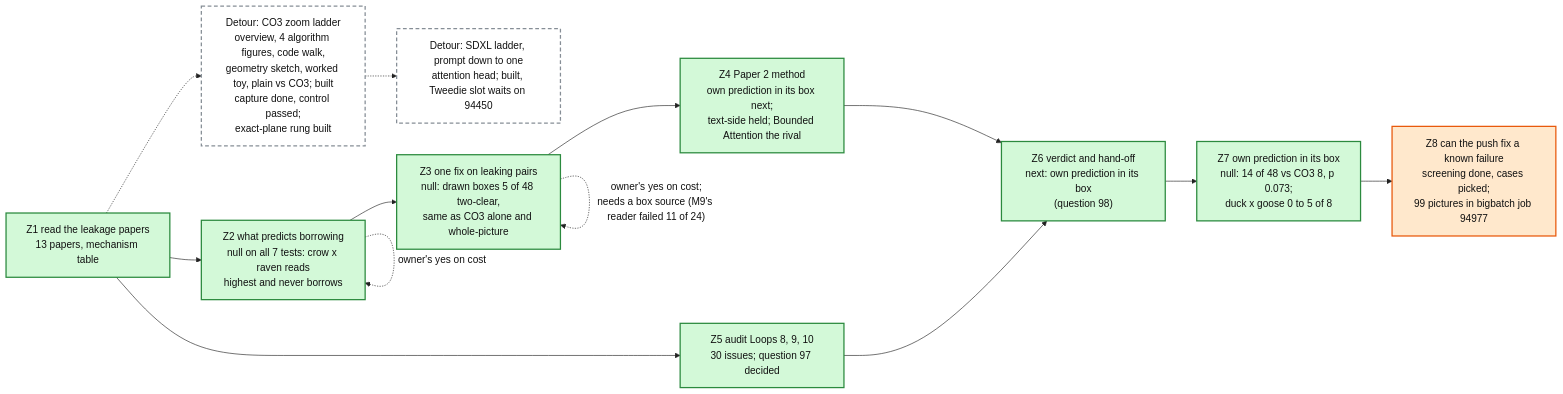
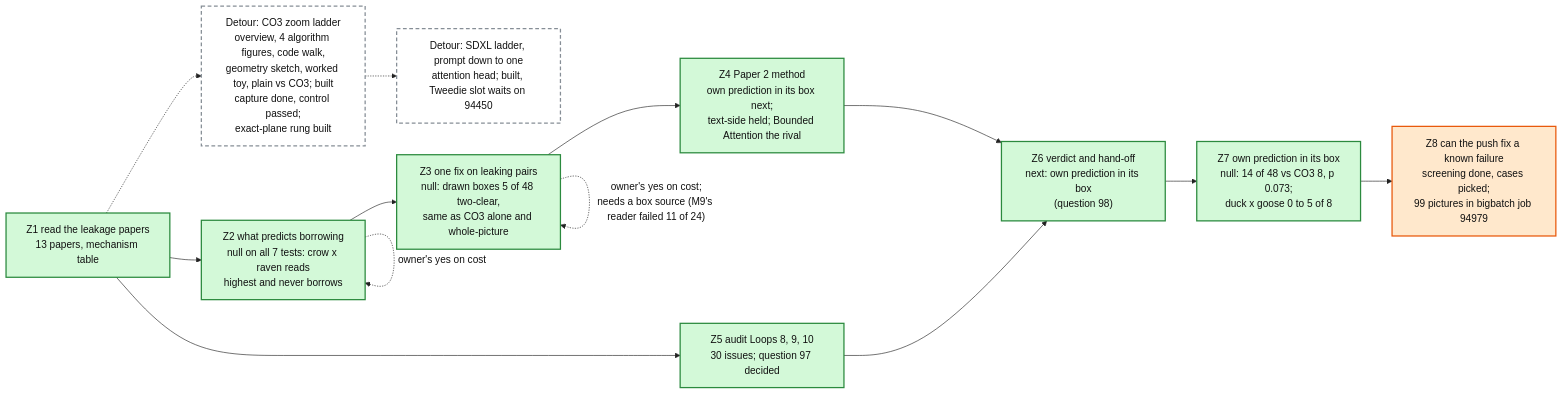
The diagram in artifacts/notes/progress/leakage/loop-12-progress.mmd (mo-rsa24/concept-composition), drawn with Mermaid before and after one commit. The commit also changed 1 other file, not shown here.

Commit message:
Loop 12 map: Z8 proper is job 94979

```diff
--- a/artifacts/notes/progress/leakage/loop-12-progress.mmd
+++ b/artifacts/notes/progress/leakage/loop-12-progress.mmd
@@ -1,24 +1,24 @@
 %%{init: {'theme': 'base', 'themeVariables': {'fontFamily': 'monospace', 'primaryColor': '#ffffff', 'primaryBorderColor': '#222222', 'primaryTextColor': '#111111', 'lineColor': '#222222'}}}%%
 flowchart LR
   Z1["Z1 read the leakage papers<br/>13 papers, mechanism table"]:::done
   Z2["Z2 what predicts borrowing<br/>null on all 7 tests: crow x raven reads<br/>highest and never borrows"]:::done
   Z3["Z3 one fix on leaking pairs<br/>null: drawn boxes 5 of 48 two-clear,<br/>same as CO3 alone and whole-picture"]:::done
   Z4["Z4 Paper 2 method<br/>own prediction in its box next;<br/>text-side held; Bounded Attention the rival"]:::done
   Z5["Z5 audit Loops 8, 9, 10<br/>30 issues; question 97 decided"]:::done
   Z6["Z6 verdict and hand-off<br/>next: own prediction in its box<br/>(question 98)"]:::done
   LAD["Detour: CO3 zoom ladder<br/>overview, 4 algorithm figures, code walk,<br/>geometry sketch, worked toy, plain vs CO3; built<br/>capture done, control passed;<br/>exact-plane rung built"]:::detour
   Z1 -.-> LAD
   SDX["Detour: SDXL ladder, prompt down to one<br/>attention head; built, Tweedie slot waits on 94450"]:::detour
   LAD -.-> SDX
   Z1 --> Z2 --> Z3 --> Z4 --> Z6
   Z1 --> Z5 --> Z6
   Z2 -. "owner's yes on cost" .-> Z2
   Z3 -. "owner's yes on cost;<br/>needs a box source (M9's reader failed 11 of 24)" .-> Z3
   Z7["Z7 own prediction in its box<br/>null: 14 of 48 vs CO3 8, p 0.073;<br/>duck x goose 0 to 5 of 8"]:::done
   Z6 --> Z7
-  Z8["Z8 can the push fix a known failure<br/>screening done, cases picked;<br/>99 pictures in bigbatch job 94977"]:::doing
+  Z8["Z8 can the push fix a known failure<br/>screening done, cases picked;<br/>99 pictures in bigbatch job 94979"]:::doing
   Z7 --> Z8
   classDef done fill:#d3f9d8,stroke:#2b8a3e,stroke-width:2px
   classDef doing fill:#ffe8cc,stroke:#e8590c,stroke-width:2px
   classDef detour fill:#ffffff,stroke:#868e96,stroke-width:2px,stroke-dasharray: 6 4
   classDef todo fill:#f1f3f5,stroke:#868e96,stroke-width:2px
```
